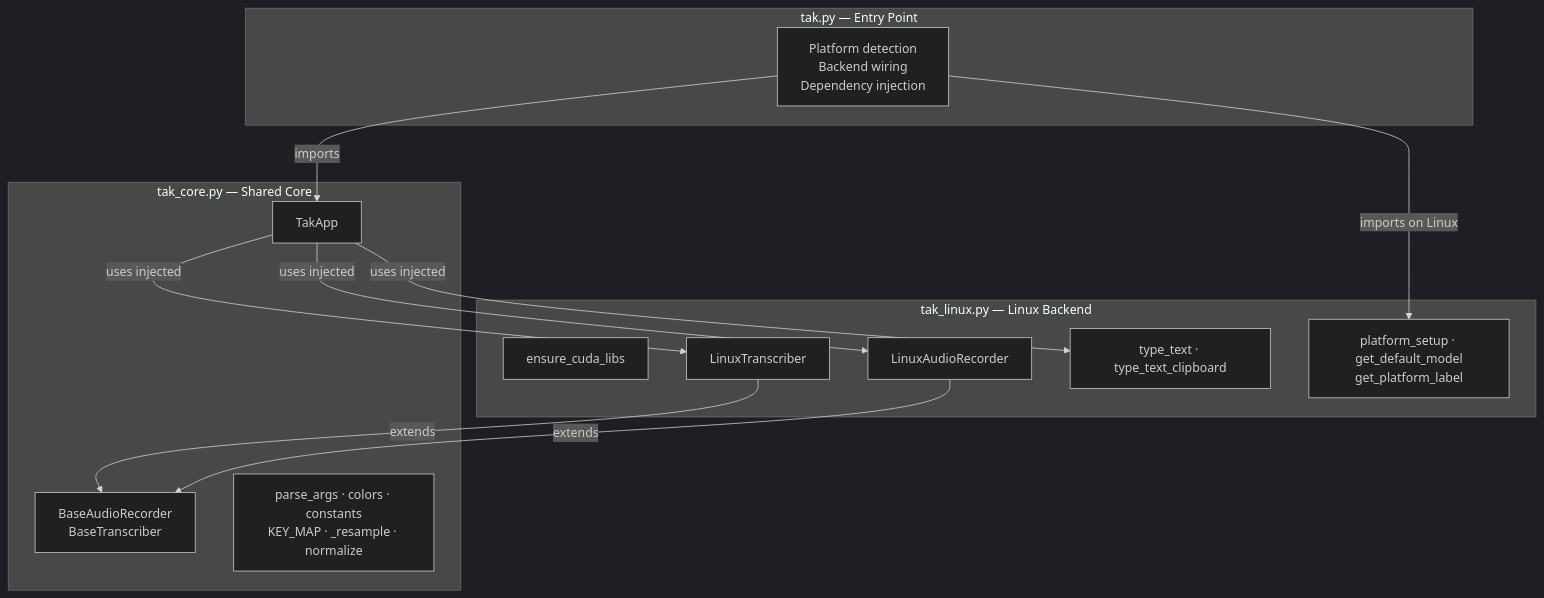
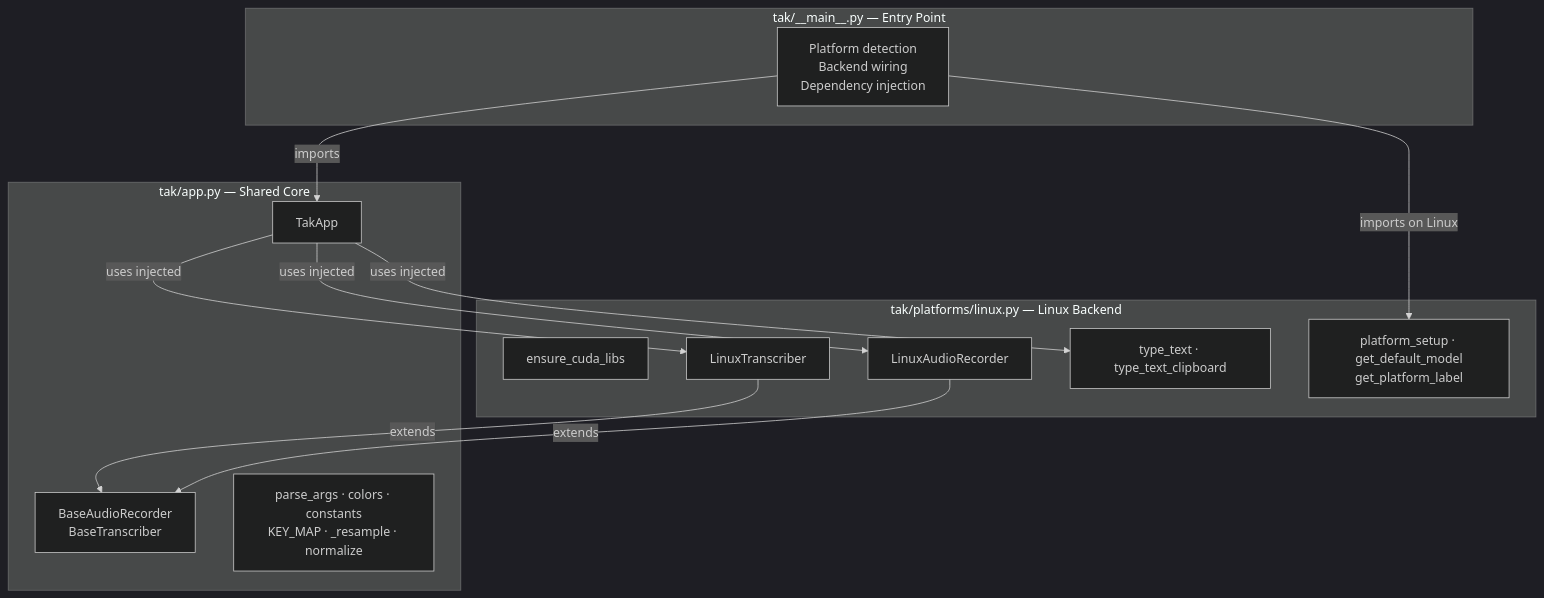
Before and after one commit to lchonkan/tak: the second of 9 diagrams in docs/architecture.md, drawn with Mermaid (dark theme). The commit also changed other lines of this file and 12 other files, not shown here.

````diff
--- a/docs/architecture.md
+++ b/docs/architecture.md
@@ -62,28 +62,28 @@
 ```mermaid
 graph TD
-    subgraph "tak.py — Entry Point"
+    subgraph "tak/__main__.py — Entry Point"
         EP[Platform detection<br/>Backend wiring<br/>Dependency injection]
     end
 
-    subgraph "tak_core.py — Shared Core"
+    subgraph "tak/app.py — Shared Core"
         TAKAPP[TakApp]
         BASE[BaseAudioRecorder<br/>BaseTranscriber]
         UTIL[parse_args · colors · constants<br/>KEY_MAP · _resample · normalize]
     end
 
-    subgraph "tak_linux.py — Linux Backend"
+    subgraph "tak/platforms/linux.py — Linux Backend"
         CUDA_INIT[ensure_cuda_libs]
         LINUX_TR[LinuxTranscriber]
         LINUX_REC[LinuxAudioRecorder]
         LINUX_TI[type_text · type_text_clipboard]
         LINUX_IF[platform_setup · get_default_model<br/>get_platform_label]
     end
 
     EP -->|imports| TAKAPP
     EP -->|imports on Linux| LINUX_IF
     LINUX_TR -->|extends| BASE
     LINUX_REC -->|extends| BASE
     TAKAPP -->|uses injected| LINUX_TR
     TAKAPP -->|uses injected| LINUX_REC
     TAKAPP -->|uses injected| LINUX_TI
 ```
````
